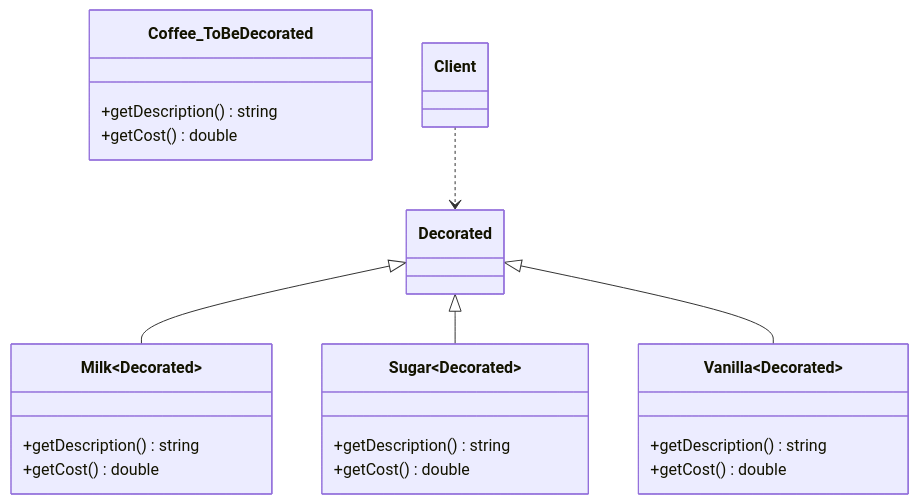
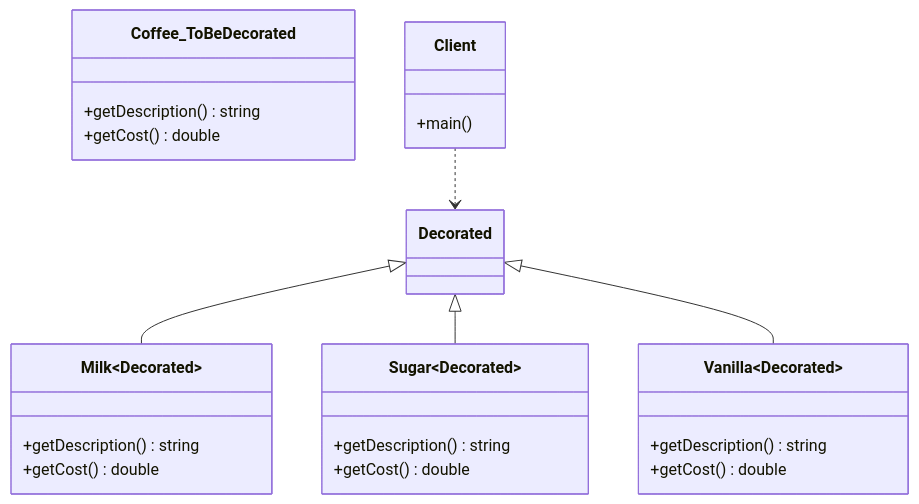
Before and after one commit to Cichlidfishexigency721/Modern-CPP-Design-Patterns: the diagram in 11_Decorator/03_Static_Mixin/diagram.md, drawn with Mermaid.

Commit message:
UML improvement

````diff
--- a/11_Decorator/03_Static_Mixin/diagram.md
+++ b/11_Decorator/03_Static_Mixin/diagram.md
@@ -3,32 +3,36 @@
 ```mermaid
 classDiagram
    class Coffee_ToBeDecorated {
       +getDescription() string
       +getCost() double
    }
 
    class Milk~Decorated~ {
       +getDescription() string
       +getCost() double
    }
 
    class Sugar~Decorated~ {
       +getDescription() string
       +getCost() double
    }
 
    class Vanilla~Decorated~ {
       +getDescription() string
       +getCost() double
    }
 
+   class Client {
+      +main()
+   }
+
    %% In Static Decorator, the decorator inherits from the template parameter Decorated.
    %% There is NO composition (*--) and NO multiplicity numbers.
    
    Decorated <|-- Milk~Decorated~
    Decorated <|-- Sugar~Decorated~
    Decorated <|-- Vanilla~Decorated~
 
 %% Client instantiates concrete types
    Client ..> Decorated
 ```
````
